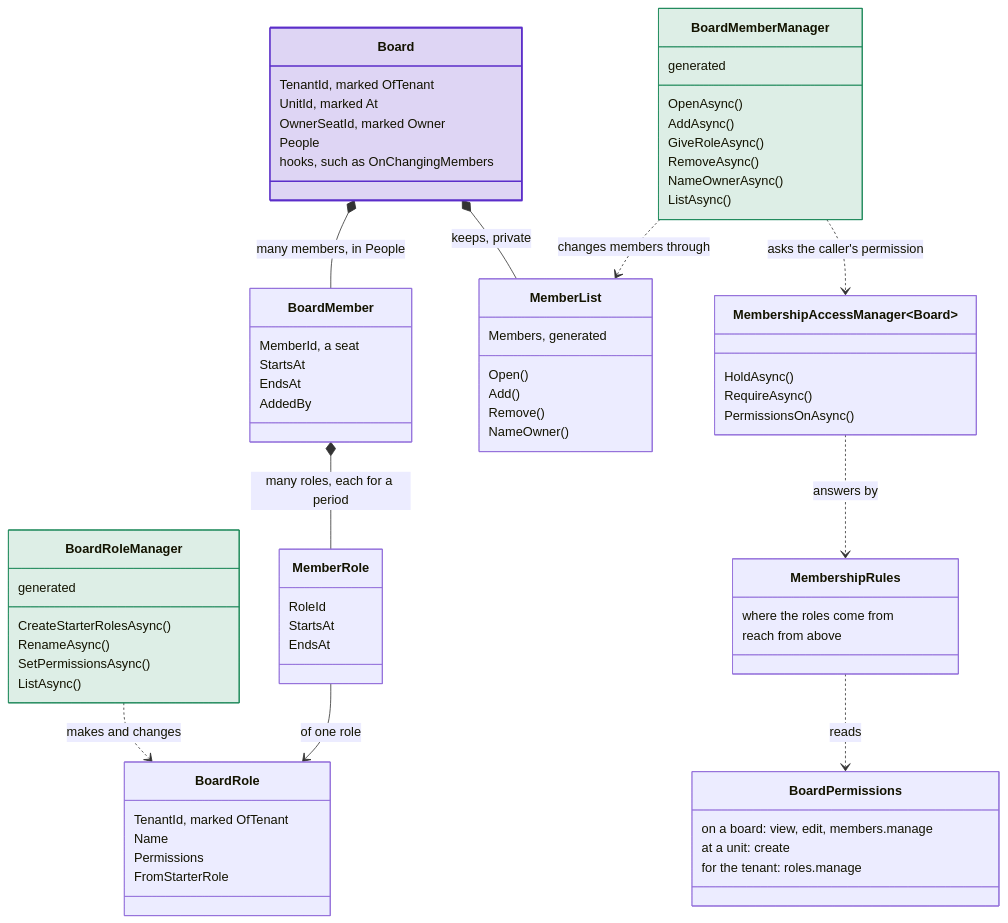
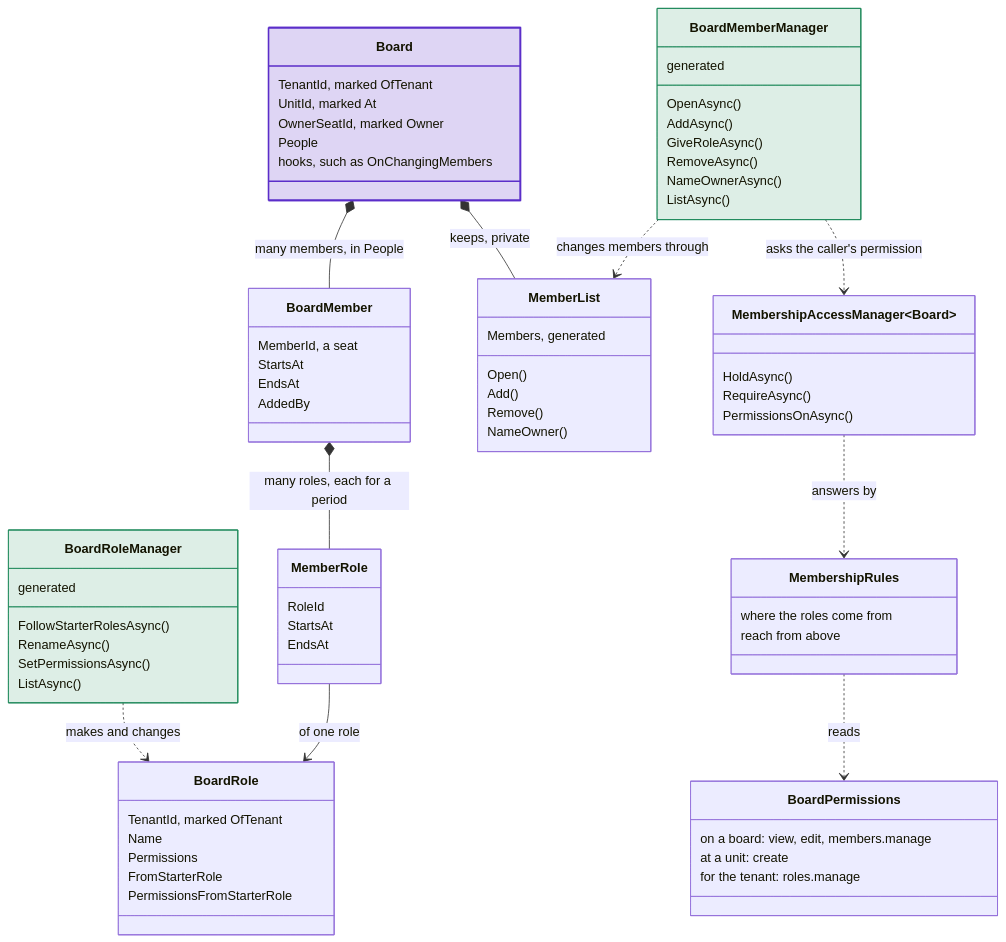
One commit to DylanSnel/DDDToolkit changed the first of 2 diagrams in docs/membership/overview.md. Above: the diagram before and after it, drawn with Mermaid. The commit also changed other lines of this file and 27 other files, not shown here.

First line of the commit message:
The docs tutorials match the application they build, and the docs name the new starter roles

````diff
--- a/docs/membership/overview.md
+++ b/docs/membership/overview.md
@@ -76,79 +76,80 @@
 ```mermaid
 classDiagram
     direction TB
     class Board {
         TenantId, marked OfTenant
         UnitId, marked At
         OwnerSeatId, marked Owner
         People
         hooks, such as OnChangingMembers
     }
     class MemberList {
         Members, generated
         Open()
         Add()
         Remove()
         NameOwner()
     }
     class BoardMemberManager {
         generated
         OpenAsync()
         AddAsync()
         GiveRoleAsync()
         RemoveAsync()
         NameOwnerAsync()
         ListAsync()
     }
     class BoardRoleManager {
         generated
-        CreateStarterRolesAsync()
+        FollowStarterRolesAsync()
         RenameAsync()
         SetPermissionsAsync()
         ListAsync()
     }
     class BoardMember {
         MemberId, a seat
         StartsAt
         EndsAt
         AddedBy
     }
     class MemberRole {
         RoleId
         StartsAt
         EndsAt
     }
     class BoardRole {
         TenantId, marked OfTenant
         Name
         Permissions
         FromStarterRole
+        PermissionsFromStarterRole
     }
     class BoardPermissions {
         on a board: view, edit, members.manage
         at a unit: create
         for the tenant: roles.manage
     }
     class MembershipRules {
         where the roles come from
         reach from above
     }
     class MembershipAccessManager~Board~ {
         HoldAsync()
         RequireAsync()
         PermissionsOnAsync()
     }
     Board *-- BoardMember : many members, in People
     Board *-- MemberList : keeps, private
     BoardMember *-- MemberRole : many roles, each for a period
     MemberRole --> BoardRole : of one role
     BoardMemberManager ..> MemberList : changes members through
     BoardMemberManager ..> MembershipAccessManager : asks the caller's permission
     BoardRoleManager ..> BoardRole : makes and changes
     MembershipRules ..> BoardPermissions : reads
     MembershipAccessManager ..> MembershipRules : answers by
     class Board:::strong
     class BoardMemberManager:::good
     class BoardRoleManager:::good
     classDef strong fill:#5b2ec933,stroke:#5b2ec9,stroke-width:2px
     classDef good fill:#1f8a5b26,stroke:#1f8a5b
 ```
````
